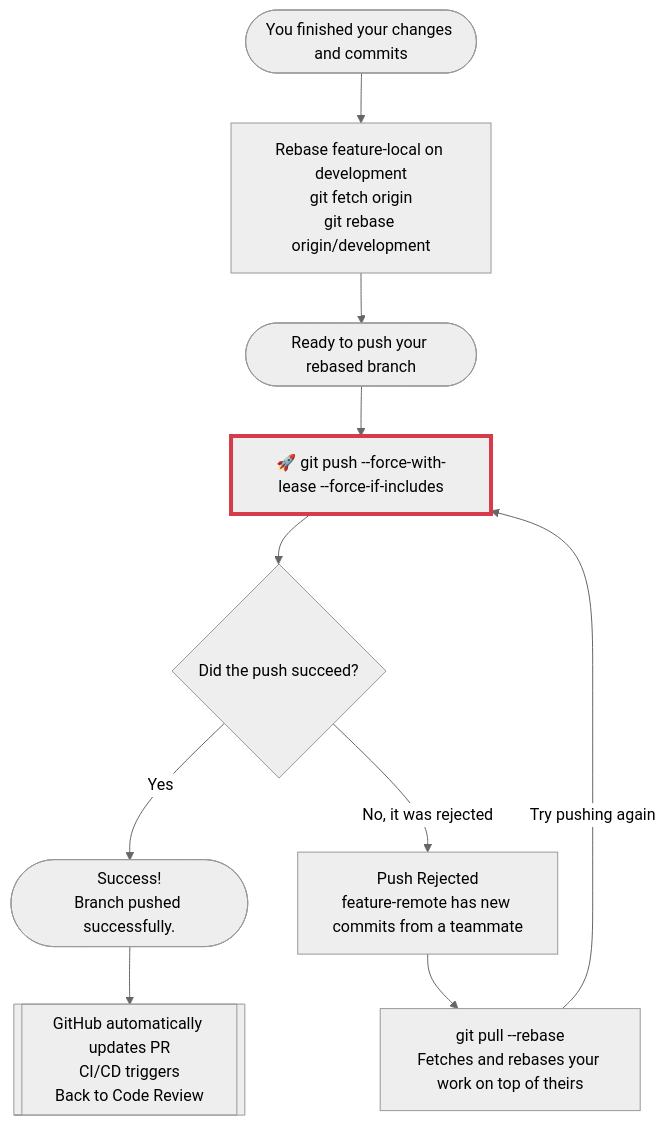
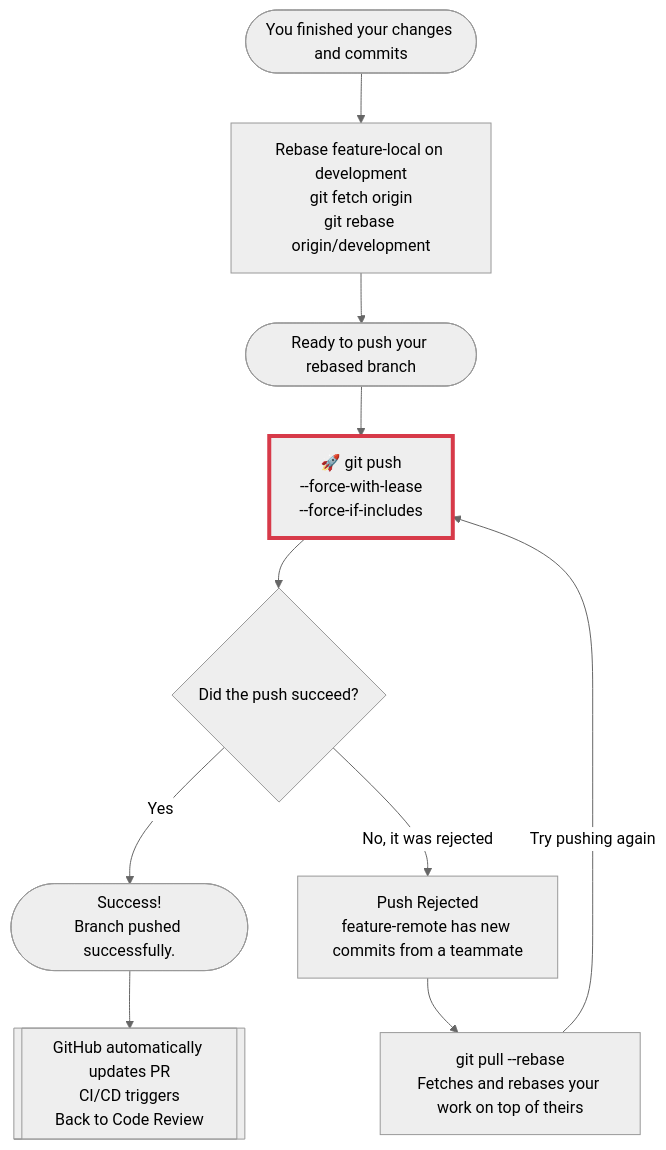
One commit to zurcacielos/git-rebase-explained-to-infinity changed the second of 14 diagrams in README.md. Above: the diagram before and after it, drawn with Mermaid (neutral theme).

````diff
--- a/README.md
+++ b/README.md
@@ -91,28 +91,30 @@
 ```mermaid
 flowchart TD
     Start(["`You finished your changes and commits`"]) --> RebaseLocal["`Rebase feature-local on development
     git fetch origin
     git rebase origin/development`"]
     
     RebaseLocal --> Ready(["`Ready to push your rebased branch`"])
     
-    Ready --> Push1["`🚀 git push --force-with-lease --force-if-includes`"]
+    Ready --> Push1["`🚀 git push
+    --force-with-lease
+    --force-if-includes`"]
     style Push1 stroke:#d73a49,stroke-width:4px
     
     Push1 --> Check1{"`Did the push succeed?`"}
     
     Check1 -- Yes --> Success1(["`Success!
     Branch pushed successfully.`"])
     
     Success1 --> AutoPR[["`GitHub automatically updates PR
     CI/CD triggers
     Back to Code Review`"]]
     
     Check1 -- No, it was rejected --> Rejected["`Push Rejected
     feature-remote has new commits from a teammate`"]
     
     Rejected --> PullRebase["`git pull --rebase
     Fetches and rebases your work on top of theirs`"]
     
     PullRebase -->|Try pushing again| Push1
 ```
````
